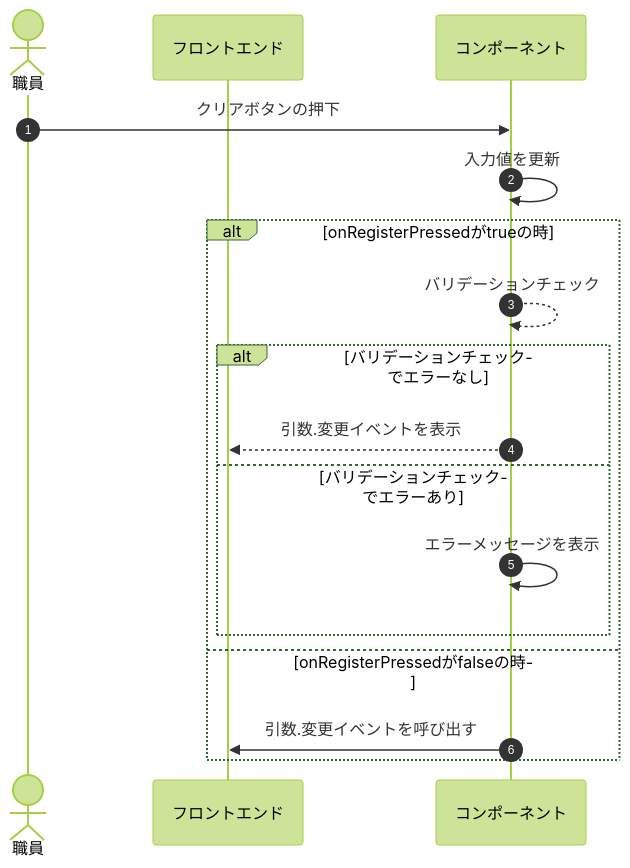
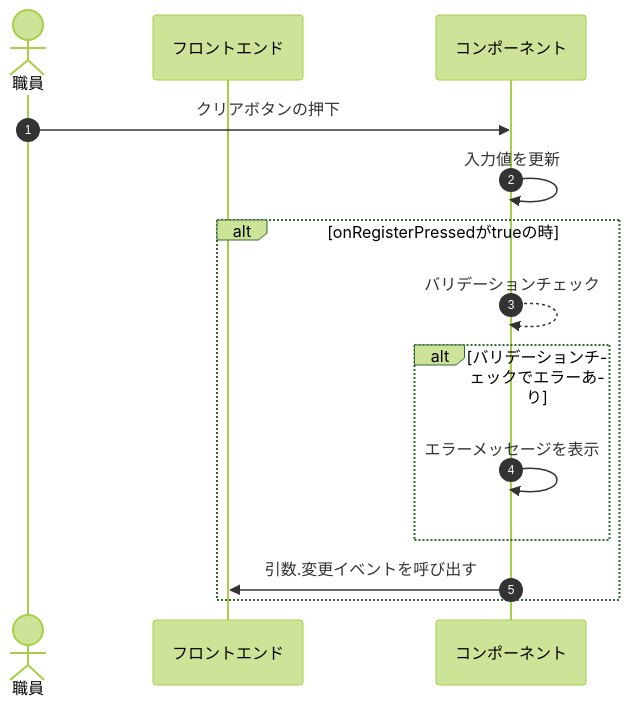
One commit to MrWangpeilin945/FlutterIOS changed the diagram in Documents/UI設計書/src/docs/コンポーネント/CP1007_検査項目グループ_検査：自由入力/CP1007-ClearButtonPressed.mmd. Above: the diagram before and after it, drawn with Mermaid. The commit also changed 22 other files, not shown here.

Commit message:
シーケンス図を修正

```diff
--- a/Documents/UI設計書/src/docs/コンポーネント/CP1007_検査項目グループ_検査：自由入力/CP1007-ClearButtonPressed.mmd
+++ b/Documents/UI設計書/src/docs/コンポーネント/CP1007_検査項目グループ_検査：自由入力/CP1007-ClearButtonPressed.mmd
@@ -1,19 +1,16 @@
 %%{init:{'theme':'forest'}}%%
 sequenceDiagram
 autonumber
   actor User as 職員
   participant FE as フロントエンド
   participant KN as コンポーネント  
 
   User->>KN:クリアボタンの押下
   KN->>KN:入力値を更新
   alt onRegisterPressedがtrueの時
   KN-->>KN:バリデーションチェック
-  alt バリデーションチェックでエラーなし
-  KN-->>FE:引数.変更イベントを表示
-  else バリデーションチェックでエラーあり
+  alt バリデーションチェックでエラーあり
   KN->>KN:エラーメッセージを表示
   end
-  else onRegisterPressedがfalseの時
-KN->>FE:引数.変更イベントを呼び出す
+  KN->>FE:引数.変更イベントを呼び出す
 end
```
